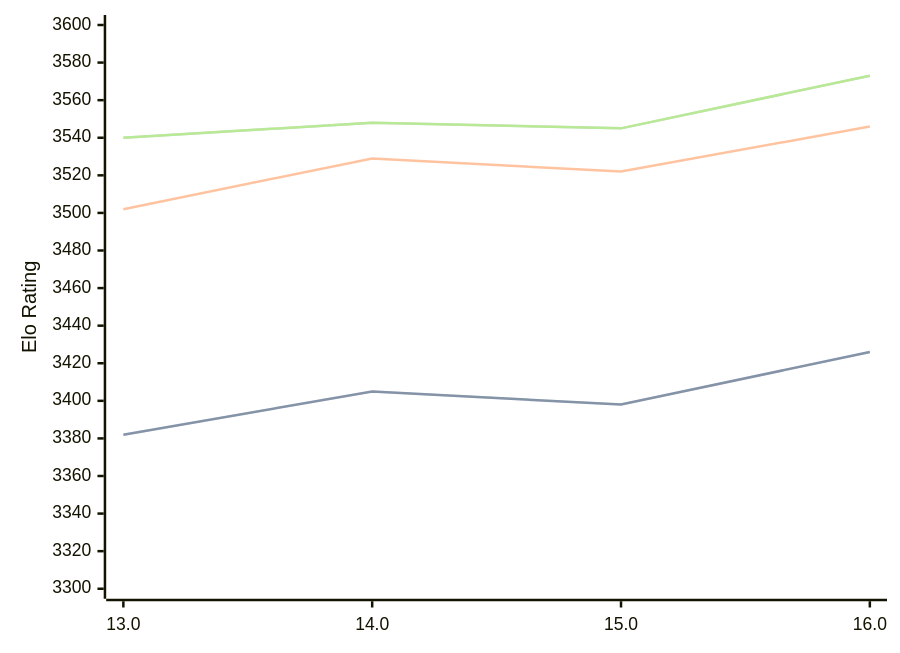
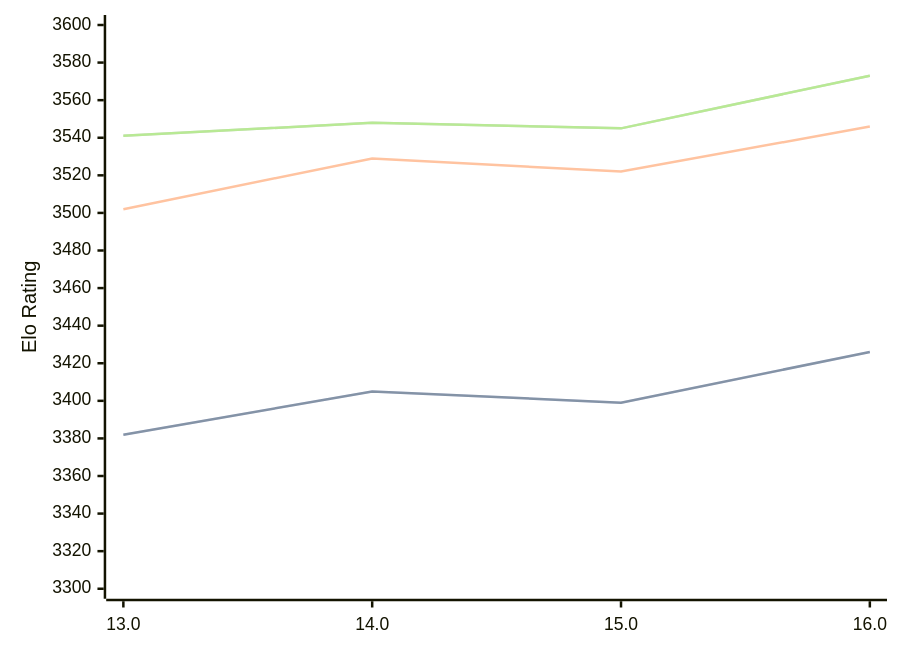
The diagram in engines/Obsidian.md (computer-chess-index/cci), drawn with Mermaid before and after one commit. The commit also changed other lines of this file, not shown here.

Commit message:
Update CCI Ratings (ELO VLTC) - 2026-07-29

````diff
--- a/engines/Obsidian.md
+++ b/engines/Obsidian.md
@@ -43,11 +43,11 @@
 ```mermaid
 %%{init: {"theme":"base","themeVariables":{"seriesColors:['#a3a3a3','#222221','#faa371']}}}%%
 xychart-beta
   x-axis ["13.0", "14.0", "15.0", "16.0"]
   y-axis "Elo Rating" 3300 --> 3600
-  line "STC (8.0+0.08s)" [3382, 3405, 3398, 3426]
-  line "STC (8.0+0.08s)" [3382, 3405, 3398, 3426]
+  line "STC (8.0+0.08s)" [3382, 3405, 3399, 3426]
+  line "STC (8.0+0.08s)" [3382, 3405, 3399, 3426]
   line "LTC (60.0+0.60s)" [3502, 3529, 3522, 3546]
-  line "VLTC (2m24s+1.12s)" [3540, 3548, 3545, 3573]
-  line "VLTC (2m24s+1.12s)" [3540, 3548, 3545, 3573]
+  line "VLTC (2m24s+1.12s)" [3541, 3548, 3545, 3573]
+  line "VLTC (2m24s+1.12s)" [3541, 3548, 3545, 3573]
 ```
````
